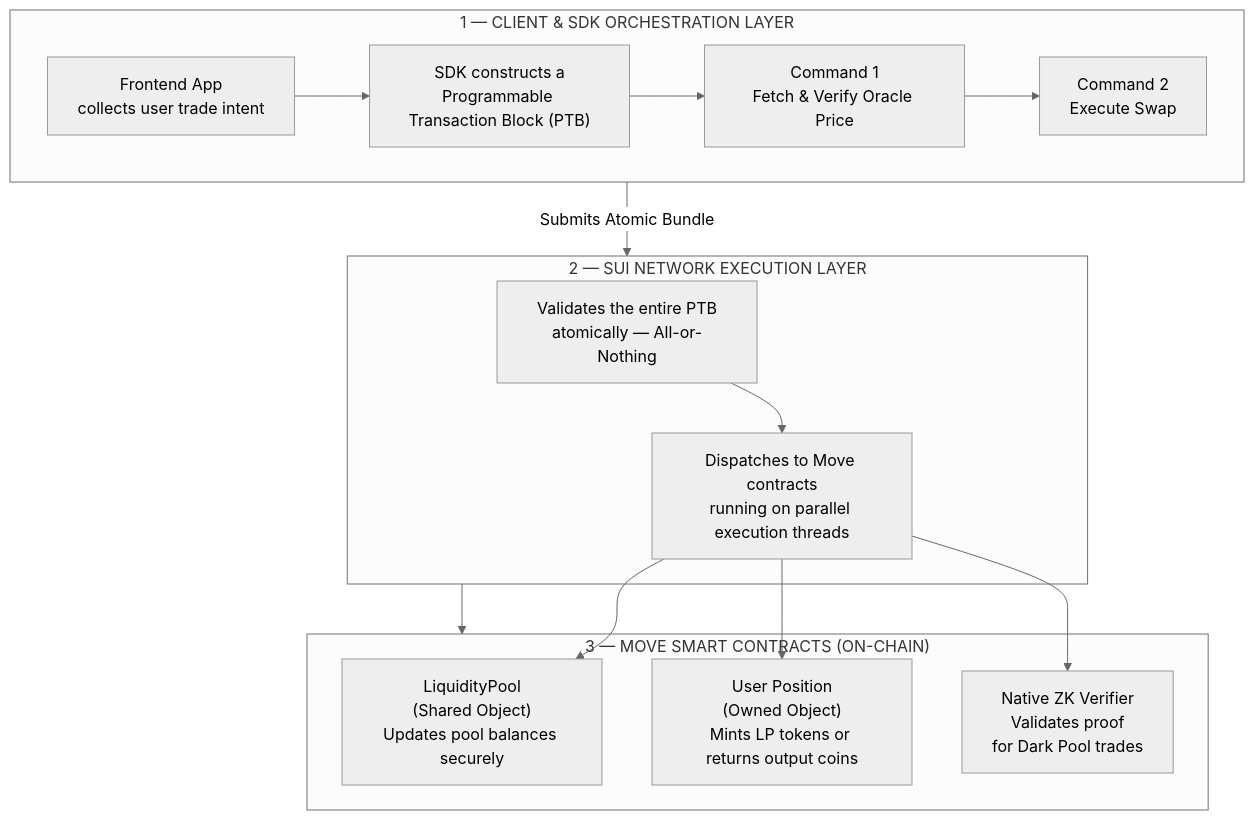
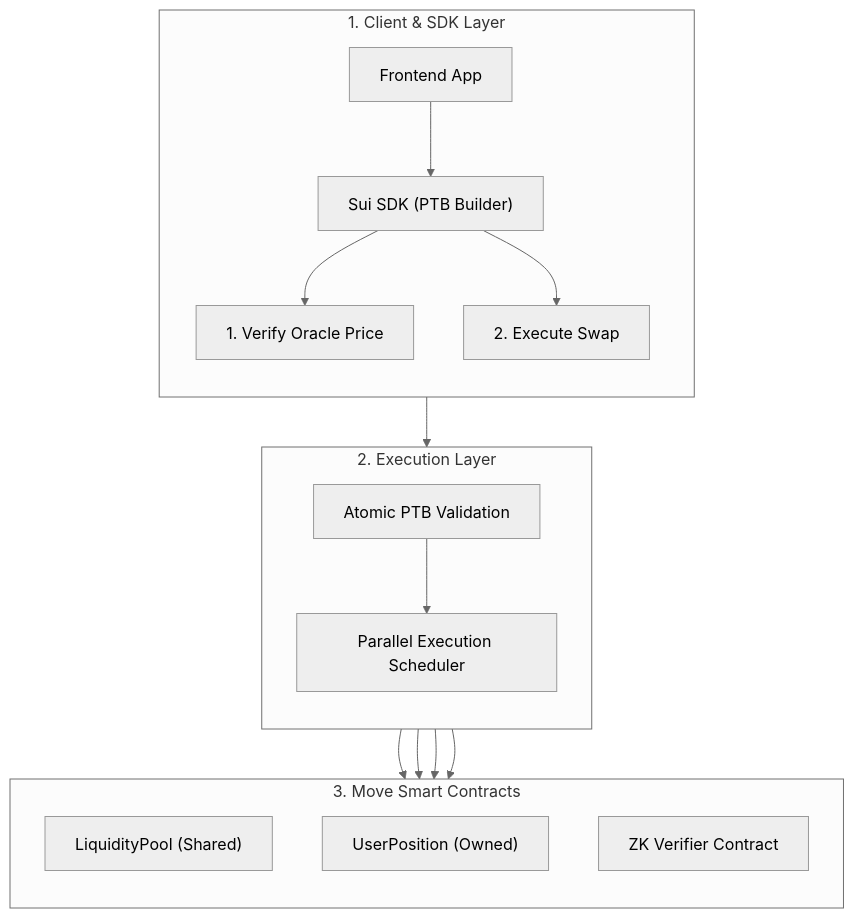
The diagram in README.md (Cipher3033/dex), drawn with Mermaid (neutral theme) before and after one commit. The commit also changed other lines of this file and 5 other files, not shown here.

Commit message:
docs: architecture and system specification

````diff
--- a/README.md
+++ b/README.md
@@ -24,26 +20,24 @@
 ```mermaid
 flowchart TD
-    subgraph L1 ["1 — CLIENT & SDK ORCHESTRATION LAYER"]
-        A["Frontend App\ncollects user trade intent"]
-        B["SDK constructs a\nProgrammable Transaction Block (PTB)"]
-        C1["Command 1\nFetch & Verify Oracle Price"]
-        C2["Command 2\nExecute Swap"]
-        A --> B --> C1 --> C2
+    subgraph L1 ["1. Client & SDK Layer"]
+        direction TB
+        A["Frontend App"] --> B["Sui SDK (PTB Builder)"]
+        B --> C1["1. Verify Oracle Price"]
+        B --> C2["2. Execute Swap"]
     end
 
-    subgraph L2 ["2 — SUI NETWORK EXECUTION LAYER"]
-        D["Validates the entire PTB\natomically — All-or-Nothing"]
-        E["Dispatches to Move contracts\nrunning on parallel execution threads"]
-        D --> E
+    subgraph L2 ["2. Execution Layer"]
+        direction TB
+        D["Atomic PTB Validation"] --> E["Parallel Execution Scheduler"]
     end
 
-    subgraph L3 ["3 — MOVE SMART CONTRACTS (ON-CHAIN)"]
-        F["LiquidityPool\n(Shared Object)\nUpdates pool balances securely"]
-        G["User Position\n(Owned Object)\nMints LP tokens or returns output coins"]
-        H["Native ZK Verifier\nValidates proof\nfor Dark Pool trades"]
+    subgraph L3 ["3. Move Smart Contracts"]
+        direction TB
+        F["LiquidityPool (Shared)"]
+        G["UserPosition (Owned)"]
+        H["ZK Verifier Contract"]
     end
 
-    L1 -- "Submits Atomic Bundle" --> L2
-    L2 --> L3
+    L1 --> L2 --> L3
     E --> F & G & H
 ```
````
